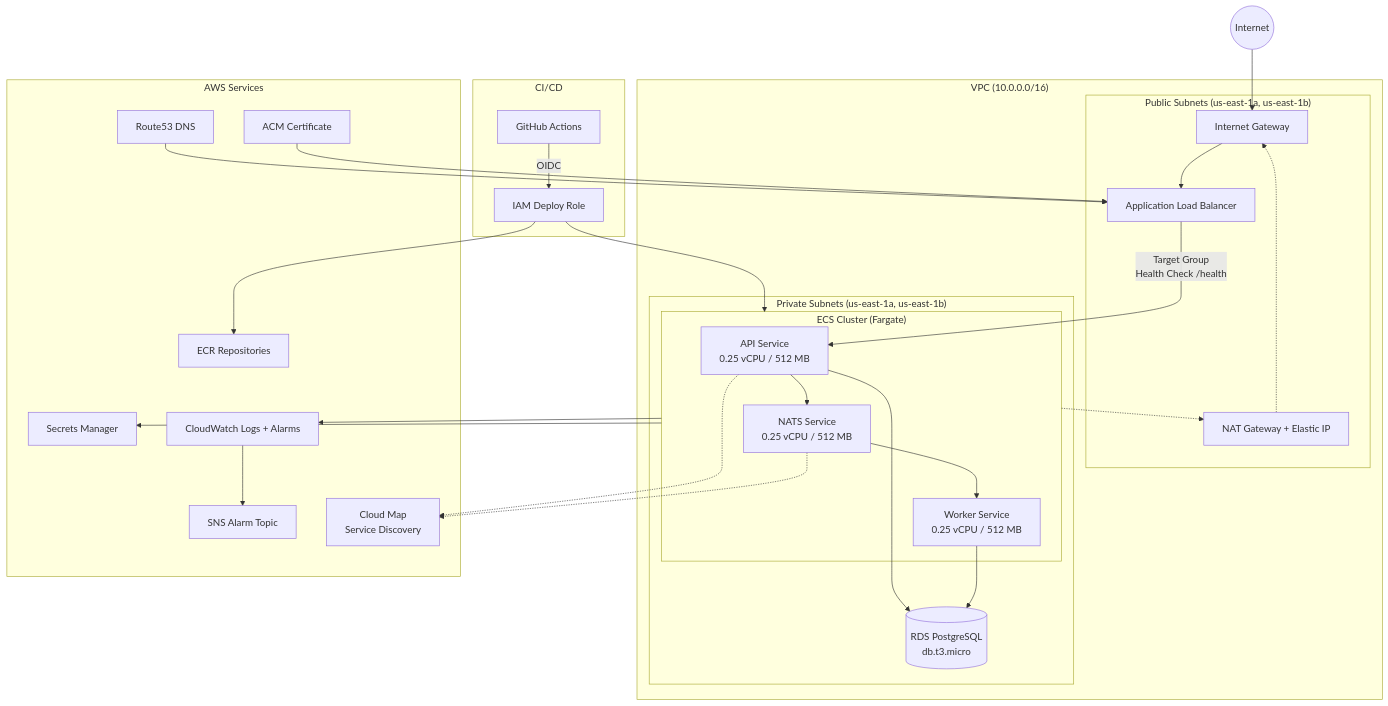
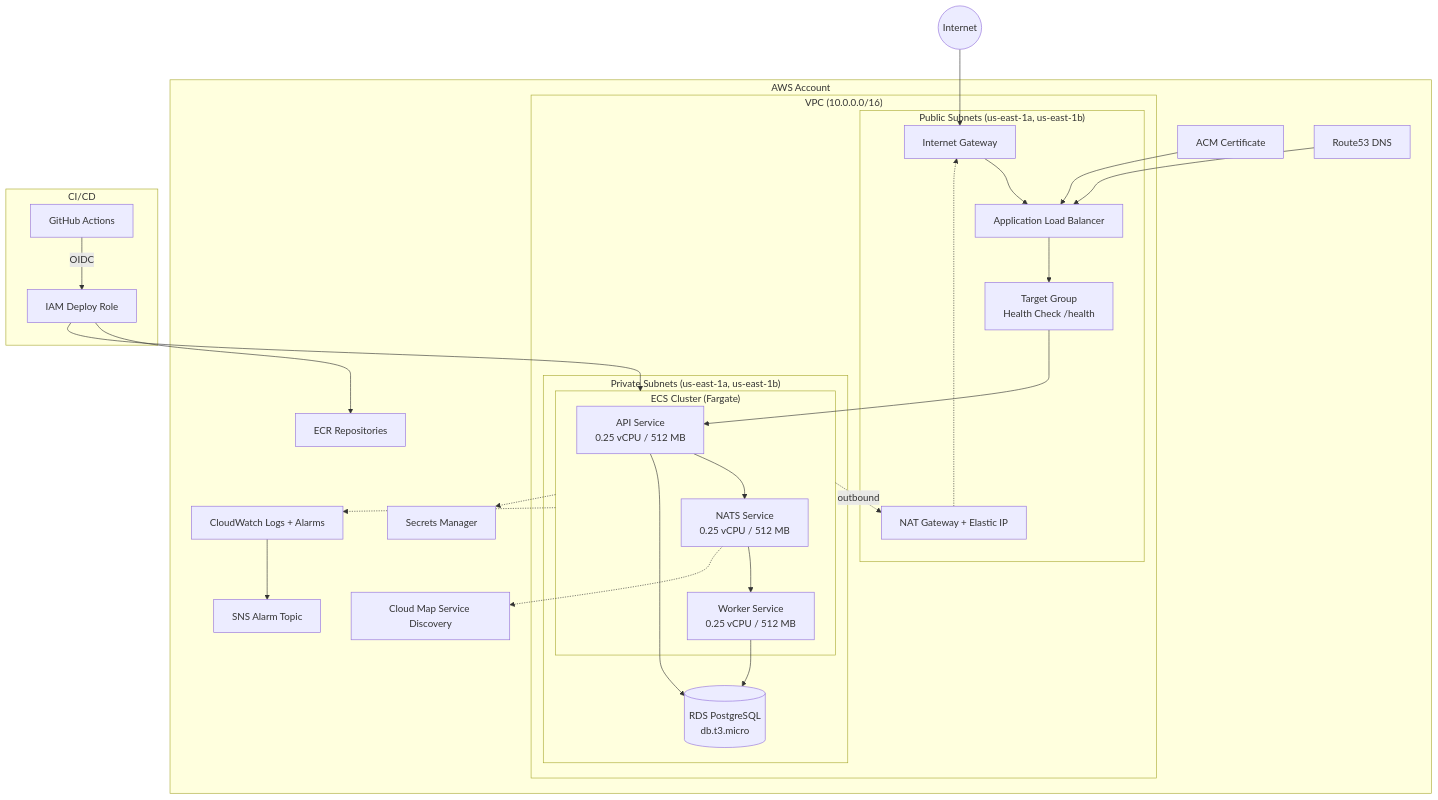
The second of 2 diagrams in README.md (Faheema125/trading-platform), drawn with Mermaid before and after one commit.

Commit message:
docs: restructure infra diagram with AWS account as outer box and VPC nested inside

````diff
--- a/README.md
+++ b/README.md
@@ -33,50 +33,51 @@
 ```mermaid
 graph TB
-    subgraph VPC["VPC (10.0.0.0/16)"]
-        subgraph PubSub["Public Subnets (us-east-1a, us-east-1b)"]
-            IGW[Internet Gateway]
-            ALB[Application Load Balancer]
-            NAT[NAT Gateway + Elastic IP]
-        end
-        
-        subgraph PrivSub["Private Subnets (us-east-1a, us-east-1b)"]
-            subgraph ECS["ECS Cluster (Fargate)"]
-                API[API Service<br/>0.25 vCPU / 512 MB]
-                Worker[Worker Service<br/>0.25 vCPU / 512 MB]
-                NATS[NATS Service<br/>0.25 vCPU / 512 MB]
-            end
-            RDS[(RDS PostgreSQL<br/>db.t3.micro)]
-        end
-    end
-    
-    subgraph AWS Services
+    Internet((Internet)) --> IGW
+
+    subgraph AWS["AWS Account"]
         ECR[ECR Repositories]
         SM[Secrets Manager]
         CW[CloudWatch Logs + Alarms]
         SNS[SNS Alarm Topic]
-        CM[Cloud Map<br/>Service Discovery]
+        CM[Cloud Map Service Discovery]
         ACM[ACM Certificate]
         R53[Route53 DNS]
+        
+        subgraph VPC["VPC (10.0.0.0/16)"]
+            subgraph PubSub["Public Subnets (us-east-1a, us-east-1b)"]
+                IGW[Internet Gateway]
+                ALB[Application Load Balancer]
+                TG[Target Group<br/>Health Check /health]
+                NAT[NAT Gateway + Elastic IP]
+            end
+            
+            subgraph PrivSub["Private Subnets (us-east-1a, us-east-1b)"]
+                subgraph ECS["ECS Cluster (Fargate)"]
+                    API[API Service<br/>0.25 vCPU / 512 MB]
+                    NATS[NATS Service<br/>0.25 vCPU / 512 MB]
+                    Worker[Worker Service<br/>0.25 vCPU / 512 MB]
+                end
+                RDS[(RDS PostgreSQL<br/>db.t3.micro)]
+            end
+        end
     end
-    
-    subgraph CI/CD
+
+    subgraph CICD["CI/CD"]
         GH[GitHub Actions] -->|OIDC| IAM[IAM Deploy Role]
-        IAM --> ECR
-        IAM --> ECS
     end
-    
-    Internet((Internet)) --> IGW --> ALB
-    ALB -->|Target Group<br/>Health Check /health| API
-    API --> NATS
-    NATS --> Worker
+
+    IGW --> ALB
+    ALB --> TG --> API
+    API --> NATS --> Worker
     API --> RDS
     Worker --> RDS
-    ECS -.-> NAT -.-> IGW
-    ECS --> SM
-    ECS --> CW
+    ECS -.->|outbound| NAT -.-> IGW
+    ECS -.-> SM
+    ECS -.-> CW
     CW --> SNS
-    API -.-> CM
-    NATS -.-> CM
     R53 --> ALB
     ACM --> ALB
+    NATS -.-> CM
+    IAM --> ECR
+    IAM --> ECS
 ```
````
